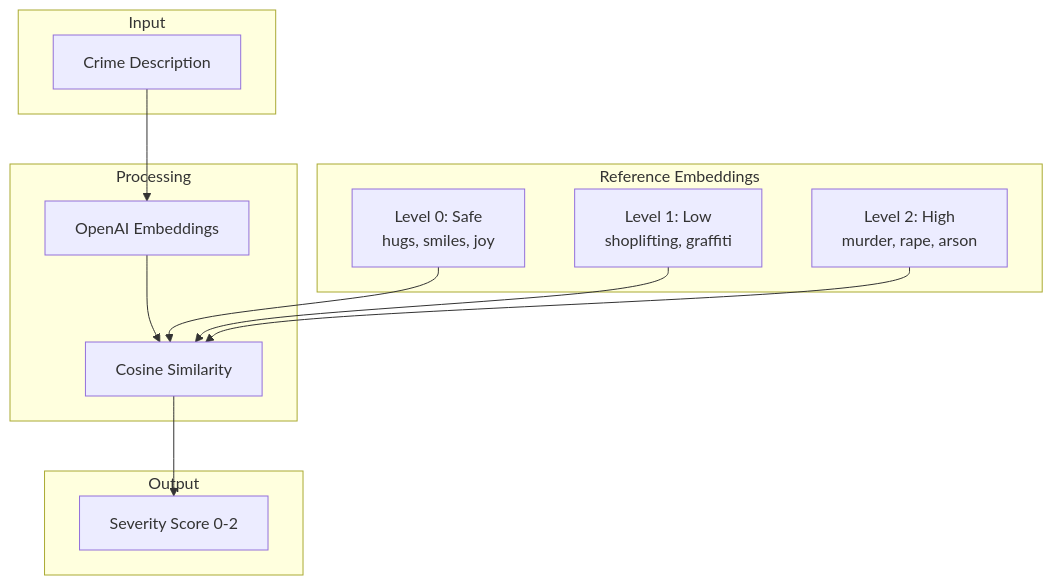
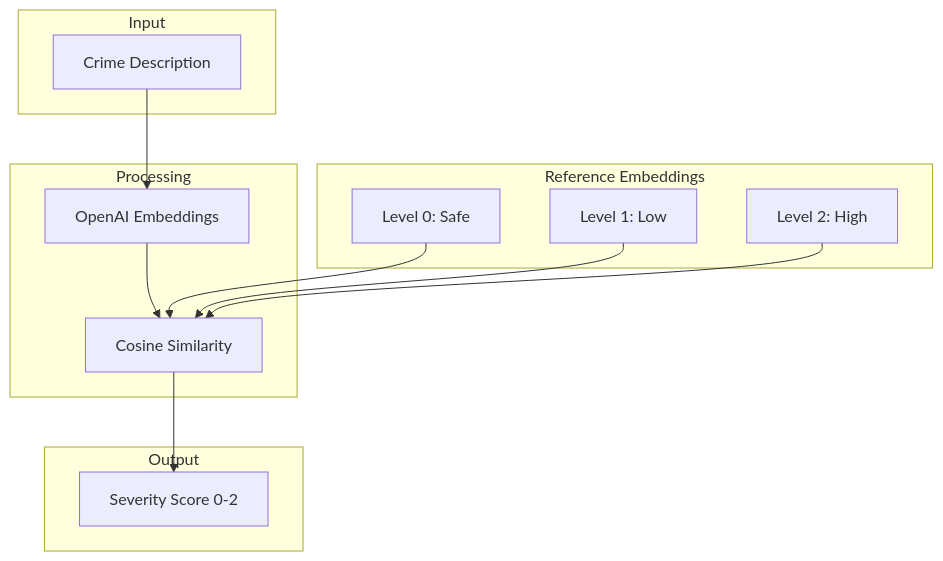
One commit to HackHarvard2024-Team/front-end changed the fourth of 4 diagrams in README.md. Above: the diagram before and after it, drawn with Mermaid. The commit also changed other lines of this file, not shown here.

````diff
--- a/README.md
+++ b/README.md
@@ -192,28 +207,28 @@
 ```mermaid
 graph TD
     subgraph Input
         CRIME[Crime Description]
     end
     
     subgraph Processing
         EMB[OpenAI Embeddings]
         COS[Cosine Similarity]
     end
     
     subgraph Reference["Reference Embeddings"]
-        R0["Level 0: Safe<br/>hugs, smiles, joy"]
-        R1["Level 1: Low<br/>shoplifting, graffiti"]
-        R2["Level 2: High<br/>murder, rape, arson"]
+        R0["Level 0: Safe"]
+        R1["Level 1: Low"]
+        R2["Level 2: High"]
     end
     
     subgraph Output
         SCORE[Severity Score 0-2]
     end
     
     CRIME --> EMB
     EMB --> COS
     R0 --> COS
     R1 --> COS
     R2 --> COS
     COS --> SCORE
 ```
````
